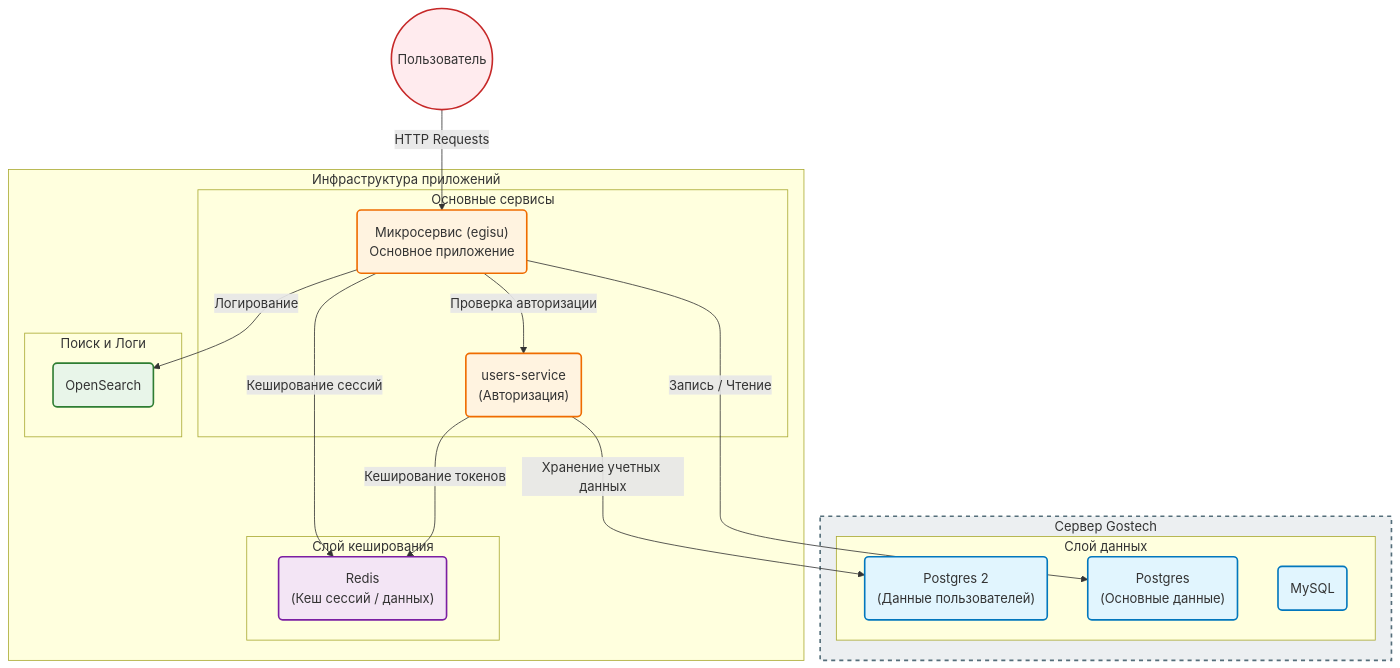
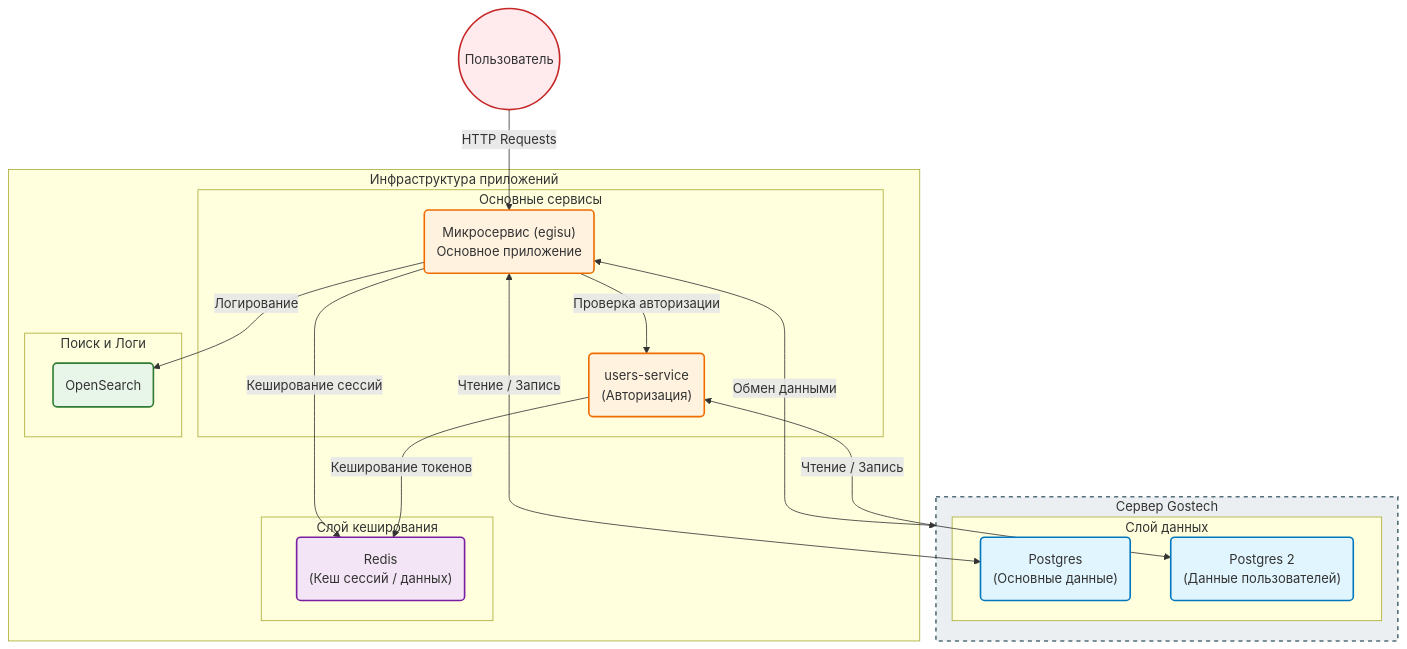
One commit to AlinaSabitova/Analytics-docker-labs changed the second of 2 diagrams in lab3/Lab3.md. Above: the diagram before and after it, drawn with Mermaid.

````diff
--- a/lab3/Lab3.md
+++ b/lab3/Lab3.md
@@ -94,53 +94,54 @@
 ```mermaid
 graph TD
     %% Определение классов стилей
     classDef db fill:#e1f5fe,stroke:#0277bd,stroke-width:2px;
     classDef app fill:#fff3e0,stroke:#ef6c00,stroke-width:2px;
     classDef search fill:#e8f5e9,stroke:#2e7d32,stroke-width:2px;
     classDef cache fill:#f3e5f5,stroke:#7b1fa2,stroke-width:2px;
     classDef user fill:#ffebee,stroke:#c62828,stroke-width:2px;
     classDef server fill:#eceff1,stroke:#546e7a,stroke-width:2px,stroke-dasharray: 5 5;
 
     subgraph Gostech_Server ["Сервер Gostech"]
         subgraph Data ["Слой данных"]
             PG1("Postgres\n(Основные данные)"):::db
             PG2("Postgres 2\n(Данные пользователей)"):::db
-            MYSQL("MySQL"):::db
         end
     end
 
     subgraph App_Infra ["Инфраструктура приложений"]
         subgraph Core ["Основные сервисы"]
             APP("Микросервис (egisu)\nОсновное приложение"):::app
             USERS("users-service\n(Авторизация)"):::app
         end
 
         subgraph Cache ["Слой кеширования"]
             REDIS("Redis\n(Кеш сессий / данных)"):::cache
         end
 
         subgraph Search ["Поиск и Логи"]
             OS("OpenSearch"):::search
         end
     end
 
     %% Пользователь
     User(("Пользователь")):::user
 
     %% Связи
     User -->|HTTP Requests| APP
-    APP -->|Запись / Чтение| PG1
+    APP <-->|Чтение / Запись| PG1
     APP -->|Проверка авторизации| USERS
-    USERS -->|Хранение учетных данных| PG2
+    USERS <-->|Чтение / Запись| PG2
+    
+    APP <-->|Обмен данными| Gostech_Server
     
     APP -->|Кеширование сессий| REDIS
     USERS -->|Кеширование токенов| REDIS
     
     APP -->|Логирование| OS
 
     %% Стилизация
     class Gostech_Server server;
-    class PG1,PG2,MYSQL db;
+    class PG1,PG2 db;
     class REDIS cache;
     class OS search;
 ```
````
